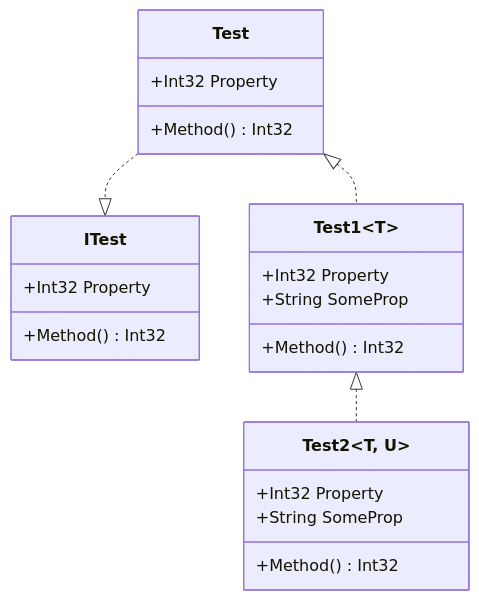
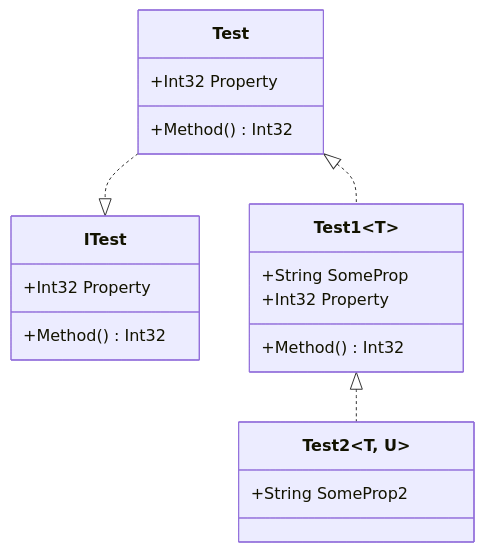
The diagram in README.org (Lillenne/Syntex), drawn with Mermaid before and after one commit. The commit also changed other lines of this file and 1 other file, not shown here.

Commit message:
Fix test classes & readme

```diff
--- a/README.org
+++ b/README.org
@@ -40,23 +40,21 @@
 #+begin_src mermaid :background-color transparent
 classDiagram
+    class ITest
+    ITest : +Method() Int32
+    ITest : +Int32 Property
+
     class Test
     Test : +Method() Int32
     Test : +Int32 Property
     Test ..|> ITest
 
     class Test1~T~
     Test1~T~ : +Method() Int32
+    Test1~T~ : +String SomeProp
     Test1~T~ : +Int32 Property
-    Test1~T~ : +String SomeProp
     Test <|.. Test1~T~
 
-    class ITest
-    ITest : +Method() Int32
-    ITest : +Int32 Property
-
     class Test2~T, U~
-    Test2~T, U~ : +Method() Int32
-    Test2~T, U~ : +Int32 Property
-    Test2~T, U~ : +String SomeProp
+    Test2~T, U~ : +String SomeProp2
     Test1~T~ <|.. Test2~T, U~
 #+end_src
```
